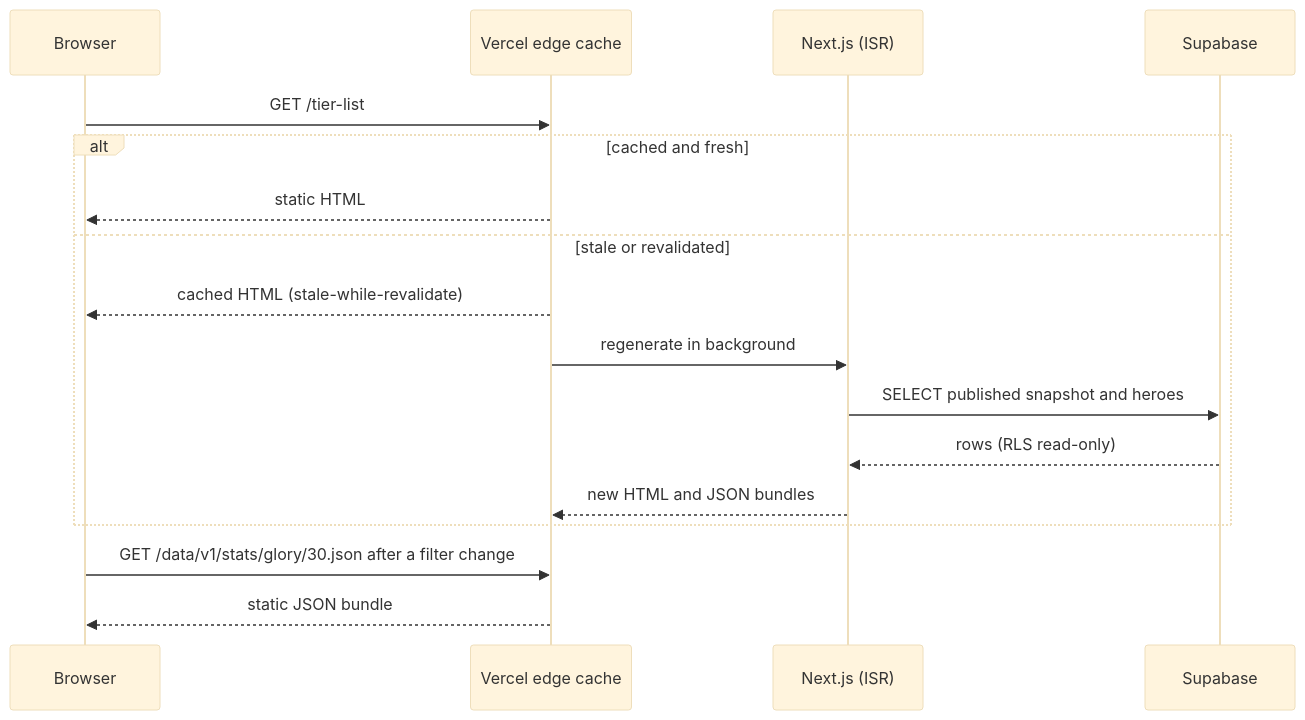
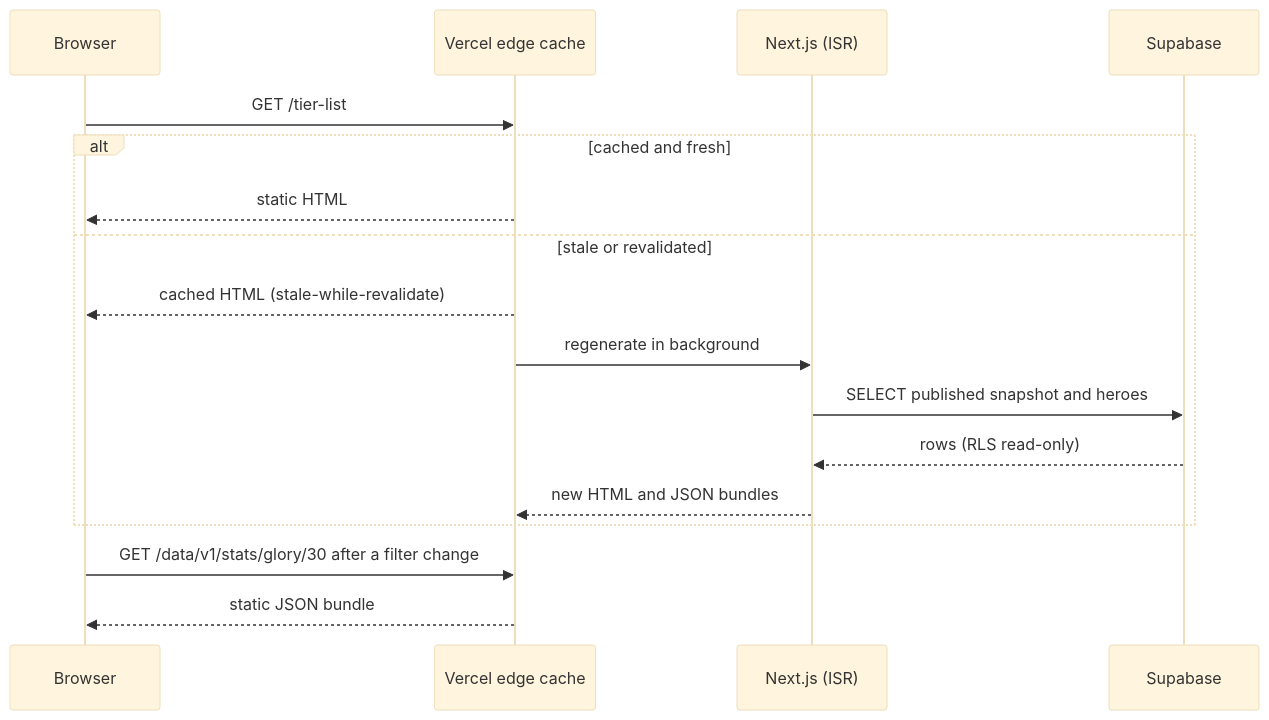
Before and after one commit to Vonfring/meta-pick-mlbb: the second of 3 diagrams in docs/architecture.md, drawn with Mermaid (base theme). The commit also changed other lines of this file and 46 other files, not shown here.

````diff
--- a/docs/architecture.md
+++ b/docs/architecture.md
@@ -65,19 +65,19 @@
 ```mermaid
 sequenceDiagram
     participant B as Browser
     participant E as Vercel edge cache
     participant N as Next.js (ISR)
     participant S as Supabase
     B->>E: GET /tier-list
     alt cached and fresh
         E-->>B: static HTML
     else stale or revalidated
         E-->>B: cached HTML (stale-while-revalidate)
         E->>N: regenerate in background
         N->>S: SELECT published snapshot and heroes
         S-->>N: rows (RLS read-only)
         N-->>E: new HTML and JSON bundles
     end
-    B->>E: GET /data/v1/stats/glory/30.json after a filter change
+    B->>E: GET /data/v1/stats/glory/30 after a filter change
     E-->>B: static JSON bundle
 ```
````
